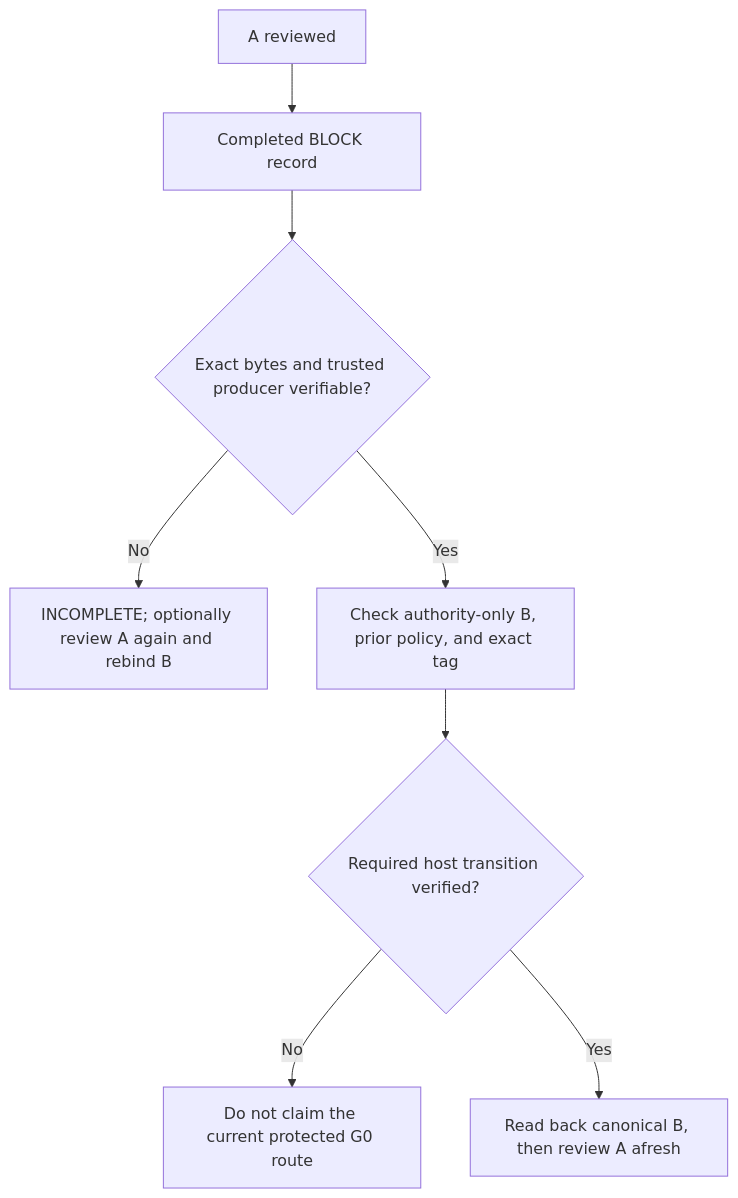
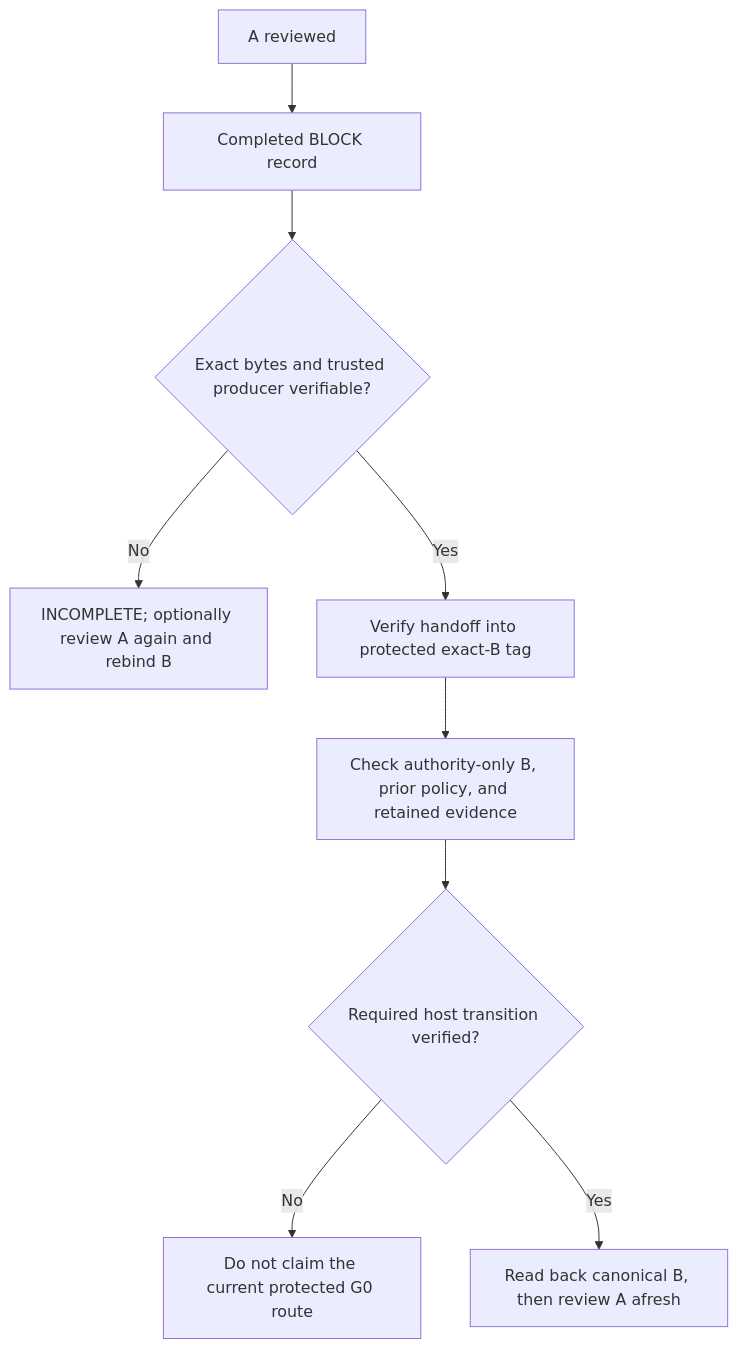
The diagram in docs/github-assurance.md (flair-agency/architecture-gatekeeper), drawn with Mermaid before and after one commit. The commit also changed other lines of this file and 4 other files, not shown here.

Commit message:
feat: add bounded G0 BLOCK record and tag evidence envelope

````diff
--- a/docs/github-assurance.md
+++ b/docs/github-assurance.md
@@ -33,10 +37,11 @@
 ```mermaid
 flowchart TD
     A[A reviewed] --> BR[Completed BLOCK record]
     BR --> EV{Exact bytes and trusted producer verifiable?}
     EV -->|No| F[INCOMPLETE; optionally review A again and rebind B]
-    EV -->|Yes| B[Check authority-only B, prior policy, and exact tag]
+    EV -->|Yes| T[Verify handoff into protected exact-B tag]
+    T --> B[Check authority-only B, prior policy, and retained evidence]
     B --> H{Required host transition verified?}
     H -->|No| I[Do not claim the current protected G0 route]
     H -->|Yes| C[Read back canonical B, then review A afresh]
 ```
````
